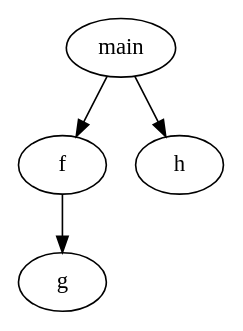
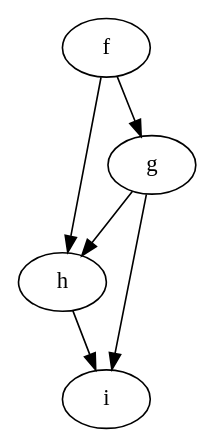
One commit to jonathan-erb/SEM-Midterm changed diagram 13 of 16 in guide.md. Above: the diagram before and after it, drawn with Graphviz. The commit also changed other lines of this file and 1 other file, not shown here.

Commit message:
Update mermaid flowchart

````diff
--- a/guide.md
+++ b/guide.md
@@ -305,5 +307,5 @@
 ```dot
 digraph CallGraph {
-	main -> f; f -> g; main -> h;
+	f -> g; f -> h; g -> h; g -> i; h -> i;
 }
 ```
````
